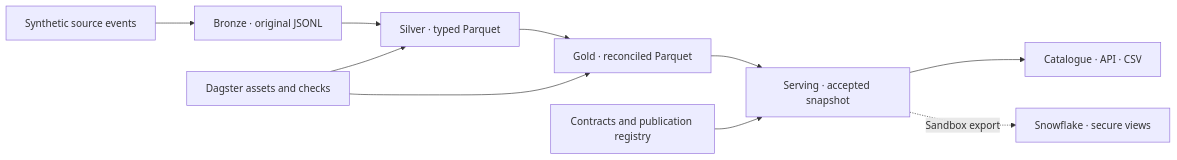
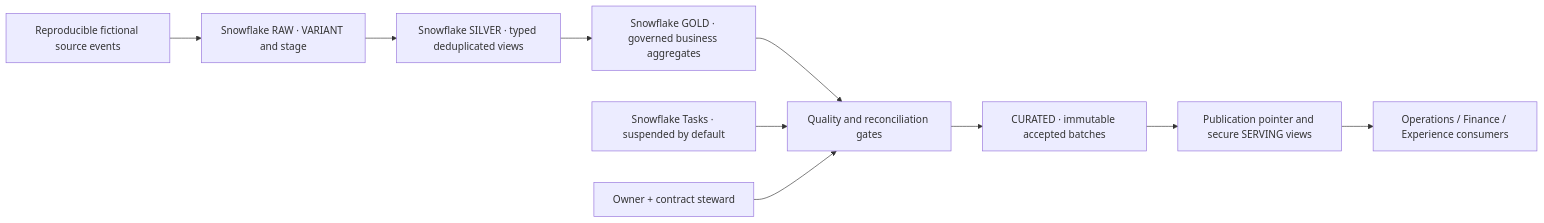
One commit to roger-sans/enterprise-datahub-demo changed the diagram in README.md. Above: the diagram before and after it, drawn with Mermaid. The commit also changed other lines of this file, not shown here.

Commit message:
docs: position Enterprise Data Hub as Snowflake-native with explicit offline demo

````diff
--- a/README.md
+++ b/README.md
@@ -33,12 +22,12 @@
-```mermaid
+~~~mermaid
 flowchart LR
-    S["Synthetic source events"] --> B["Bronze · original JSONL"]
-    B --> V["Silver · typed Parquet"]
-    V --> G["Gold · reconciled Parquet"]
-    G --> P["Serving · accepted snapshot"]
-    P --> C["Catalogue · API · CSV"]
-    D["Dagster assets and checks"] --> V
-    D --> G
-    M["Contracts and publication registry"] --> P
-    P -. "Sandbox export" .-> W["Snowflake · secure views"]
-```
+    A[Reproducible fictional source events] --> B[Snowflake RAW · VARIANT and stage]
+    B --> C[Snowflake SILVER · typed deduplicated views]
+    C --> D[Snowflake GOLD · governed business aggregates]
+    D --> E[Quality and reconciliation gates]
+    E --> F[CURATED · immutable accepted batches]
+    F --> G[Publication pointer and secure SERVING views]
+    G --> H[Operations / Finance / Experience consumers]
+    T[Snowflake Tasks · suspended by default] --> E
+    C1[Owner + contract steward] --> E
+~~~
````
